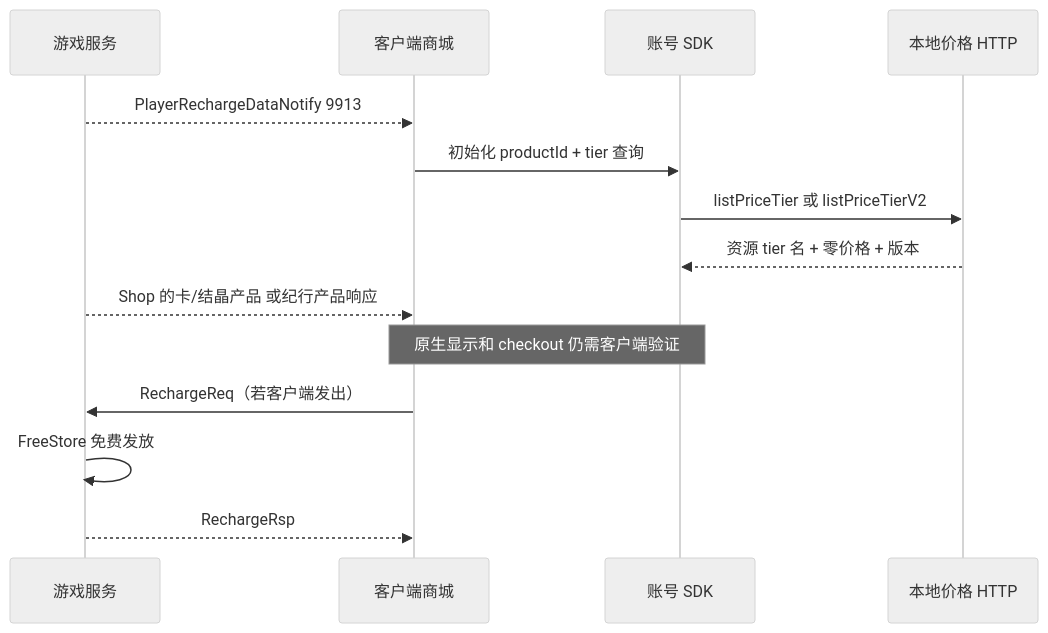
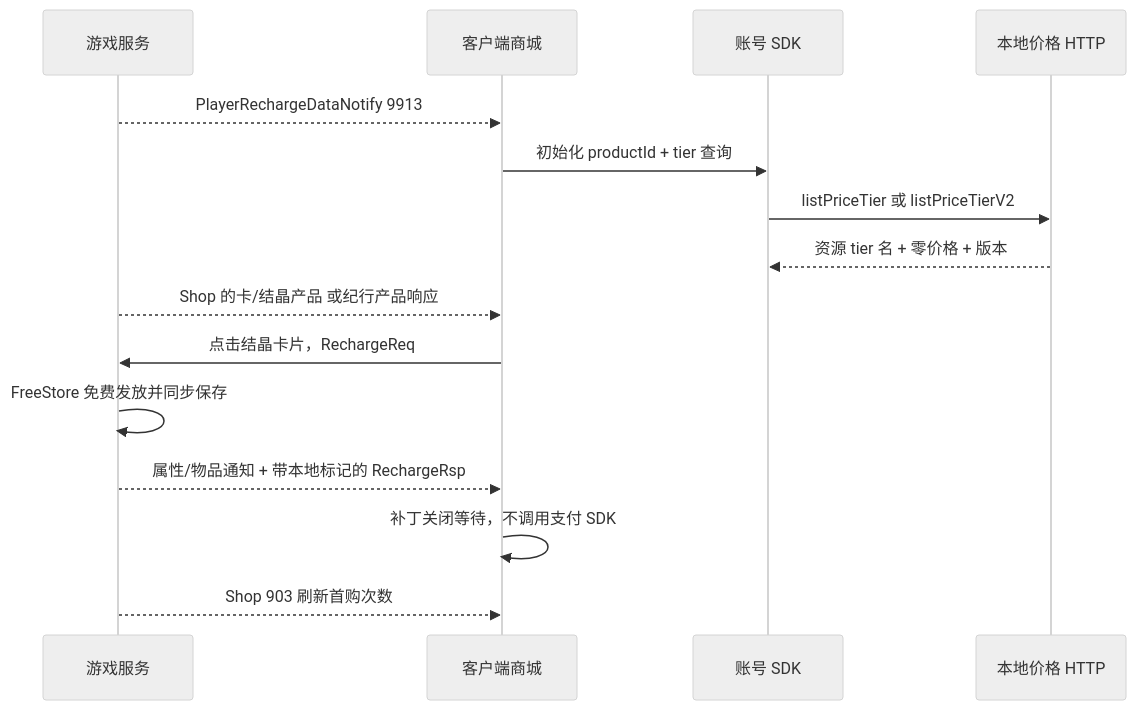
Before and after one commit to Hatsunemiku3901831/LunaGC: the diagram in docs/SHOP_AND_RECHARGE_PROTOCOL.md, drawn with Mermaid (neutral theme). The commit also changed other lines of this file and 11 other files, not shown here.

````diff
--- a/docs/SHOP_AND_RECHARGE_PROTOCOL.md
+++ b/docs/SHOP_AND_RECHARGE_PROTOCOL.md
@@ -78,16 +80,17 @@
 ```mermaid
 sequenceDiagram
     participant G as 游戏服务
     participant C as 客户端商城
     participant S as 账号 SDK
     participant H as 本地价格 HTTP
     G-->>C: PlayerRechargeDataNotify 9913
     C->>S: 初始化 productId + tier 查询
     S->>H: listPriceTier 或 listPriceTierV2
     H-->>S: 资源 tier 名 + 零价格 + 版本
     G-->>C: Shop 的卡/结晶产品 或纪行产品响应
-    Note over C,S: 原生显示和 checkout 仍需客户端验证
-    C->>G: RechargeReq（若客户端发出）
-    G->>G: FreeStore 免费发放
-    G-->>C: RechargeRsp
+    C->>G: 点击结晶卡片，RechargeReq
+    G->>G: FreeStore 免费发放并同步保存
+    G-->>C: 属性/物品通知 + 带本地标记的 RechargeRsp
+    C->>C: 补丁关闭等待，不调用支付 SDK
+    G-->>C: Shop 903 刷新首购次数
 ```
````
